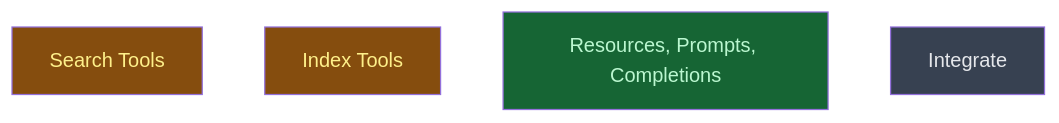
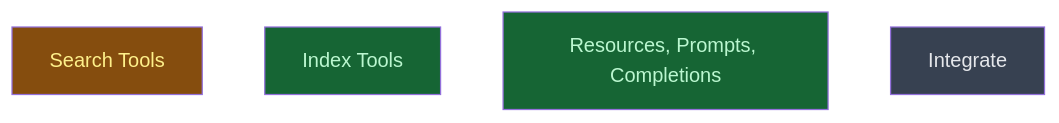
One commit to CrackingShells/colgrep-mcp changed the diagram in __roadmap__/colgrep_mcp/build/tools/README.md. Above: the diagram before and after it, drawn with Mermaid. The commit also changed other lines of this file and 1 other file, not shown here.

Commit message:
docs(roadmap): mark index_tools done

````diff
--- a/__roadmap__/colgrep_mcp/build/tools/README.md
+++ b/__roadmap__/colgrep_mcp/build/tools/README.md
@@ -17,12 +17,12 @@
 ```mermaid
 graph TD
     search_tools[Search Tools]:::inprogress
-    index_tools[Index Tools]:::inprogress
+    index_tools[Index Tools]:::done
     resources_prompts[Resources, Prompts, Completions]:::done
     integrate[Integrate]:::planned
     classDef done       fill:#166534,color:#bbf7d0
     classDef inprogress fill:#854d0e,color:#fef08a
     classDef planned    fill:#374151,color:#e5e7eb
     classDef amendment  fill:#1e3a5f,color:#bfdbfe
     classDef blocked    fill:#7f1d1d,color:#fecaca
 ```
````
